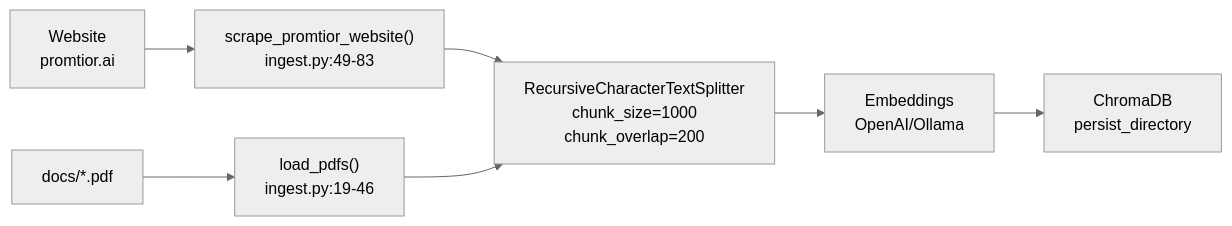
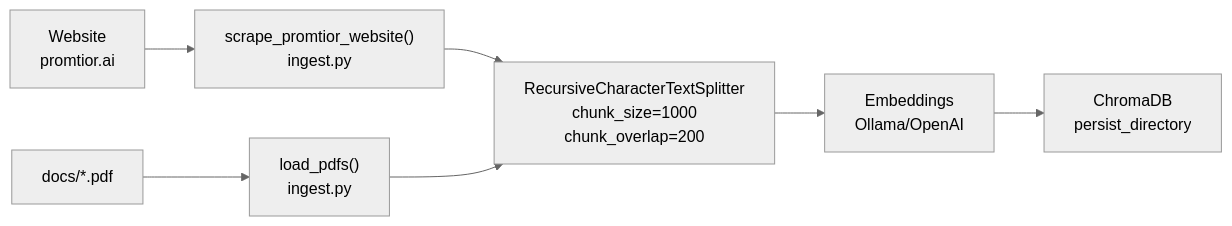
The third of 4 diagrams in docs/ARCHITECTURE.md (urrestarazu-alejandro/promtior-chat-assistant), drawn with Mermaid (neutral theme) before and after one commit. The commit also changed other lines of this file and 89 other files, not shown here.

First line of the commit message:
feat(rag): Implement RAG v2.1 with Clean Architecture and hallucination fixes

````diff
--- a/docs/ARCHITECTURE.md
+++ b/docs/ARCHITECTURE.md
@@ -167,9 +224,9 @@
 ```mermaid
 flowchart LR
-    A["Website<br/>promtior.ai"] --> B["scrape_promtior_website()<br/>ingest.py:49-83"]
-    A1["docs/*.pdf"] --> C["load_pdfs()<br/>ingest.py:19-46"]
+    A["Website<br/>promtior.ai"] --> B["scrape_promtior_website()<br/>ingest.py"]
+    A1["docs/*.pdf"] --> C["load_pdfs()<br/>ingest.py"]
     B --> D["RecursiveCharacterTextSplitter<br/>chunk_size=1000<br/>chunk_overlap=200"]
     C --> D
-    D --> E["Embeddings<br/>OpenAI/Ollama"]
+    D --> E["Embeddings<br/>Ollama/OpenAI"]
     E --> F["ChromaDB<br/>persist_directory"]
 ```
````
